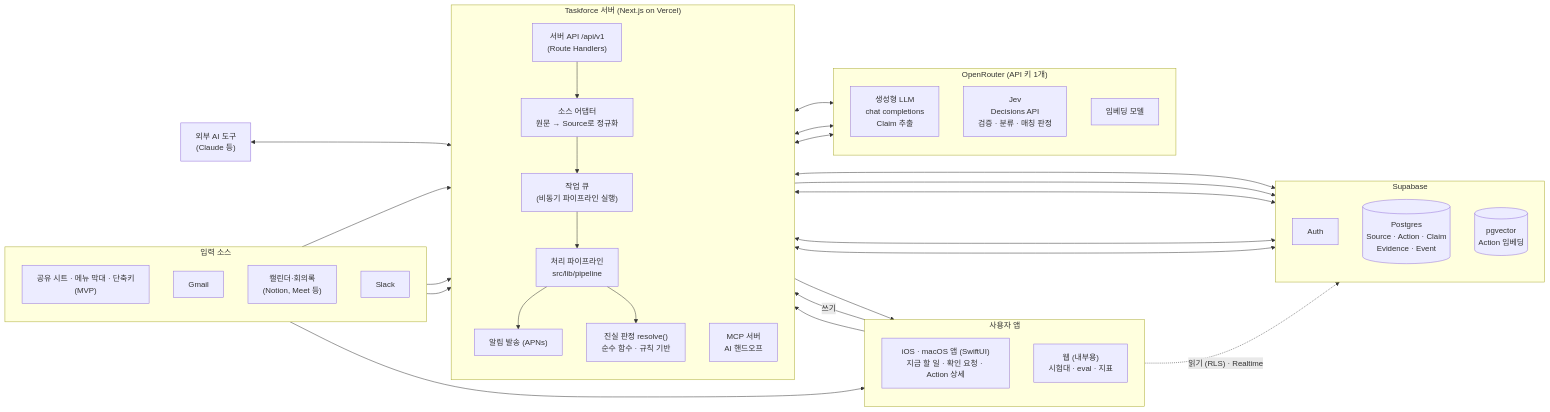
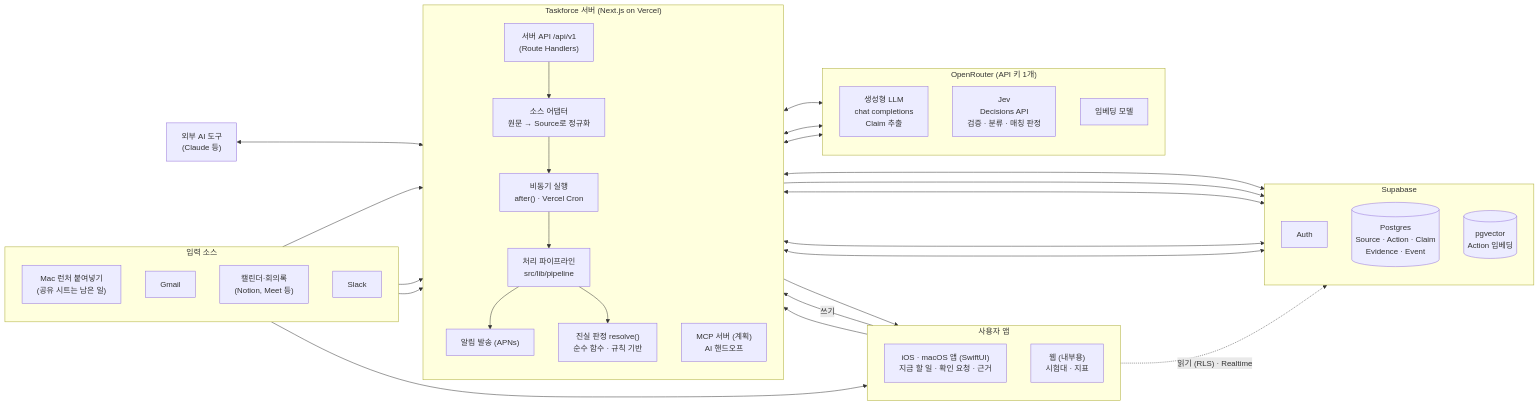
Before and after one commit to songch9511/taskforce-new: the first of 6 diagrams in docs/ARCHITECTURE.md, drawn with Mermaid. The commit also changed other lines of this file and 9 other files, not shown here.

````diff
--- a/docs/ARCHITECTURE.md
+++ b/docs/ARCHITECTURE.md
@@ -28,61 +28,61 @@
 ```mermaid
 flowchart LR
     subgraph IN["입력 소스"]
         direction TB
-        SH["공유 시트 · 메뉴 막대 · 단축키<br/>(MVP)"]
+        SH["Mac 런처 붙여넣기<br/>(공유 시트는 남은 일)"]
         G["Gmail"]
         C["캘린더·회의록<br/>(Notion, Meet 등)"]
         S["Slack"]
     end
 
     subgraph CLIENT["사용자 앱"]
         direction TB
-        APPS["iOS · macOS 앱 (SwiftUI)<br/>지금 할 일 · 확인 요청 · Action 상세"]
-        LAB["웹 (내부용)<br/>시험대 · eval · 지표"]
+        APPS["iOS · macOS 앱 (SwiftUI)<br/>지금 할 일 · 확인 요청 · 근거"]
+        LAB["웹 (내부용)<br/>시험대 · 지표"]
     end
 
     subgraph APP["Taskforce 서버 (Next.js on Vercel)"]
         direction TB
         API["서버 API /api/v1<br/>(Route Handlers)"]
         PUSH["알림 발송 (APNs)"]
         ADP["소스 어댑터<br/>원문 → Source로 정규화"]
-        Q["작업 큐<br/>(비동기 파이프라인 실행)"]
+        Q["비동기 실행<br/>after() · Vercel Cron"]
         PIPE["처리 파이프라인<br/>src/lib/pipeline"]
         RES["진실 판정 resolve()<br/>순수 함수 · 규칙 기반"]
-        MCP["MCP 서버<br/>AI 핸드오프"]
+        MCP["MCP 서버 (계획)<br/>AI 핸드오프"]
     end
 
     subgraph DB["Supabase"]
         direction TB
         AUTH["Auth"]
         PG[("Postgres<br/>Source · Action · Claim<br/>Evidence · Event")]
         VEC[("pgvector<br/>Action 임베딩")]
     end
 
     subgraph OR["OpenRouter (API 키 1개)"]
         direction TB
         LLM["생성형 LLM<br/>chat completions<br/>Claim 추출"]
         JEV["Jev<br/>Decisions API<br/>검증 · 분류 · 매칭 판정"]
         EMB["임베딩 모델"]
     end
 
     EXT["외부 AI 도구<br/>(Claude 등)"]
 
     SH --> APPS
     G & C & S --> ADP
     APPS -- "쓰기" --> API
     APPS -. "읽기 (RLS) · Realtime" .-> PG
     LAB --> API
     API --> ADP
     PIPE --> PUSH --> APPS
     ADP --> Q --> PIPE
     PIPE <--> LLM
     PIPE <--> JEV
     PIPE <--> EMB
     PIPE <--> VEC
     PIPE --> RES --> PG
     API <--> PG
     API <--> AUTH
     MCP <--> PG
     EXT <--> MCP
 ```
````
